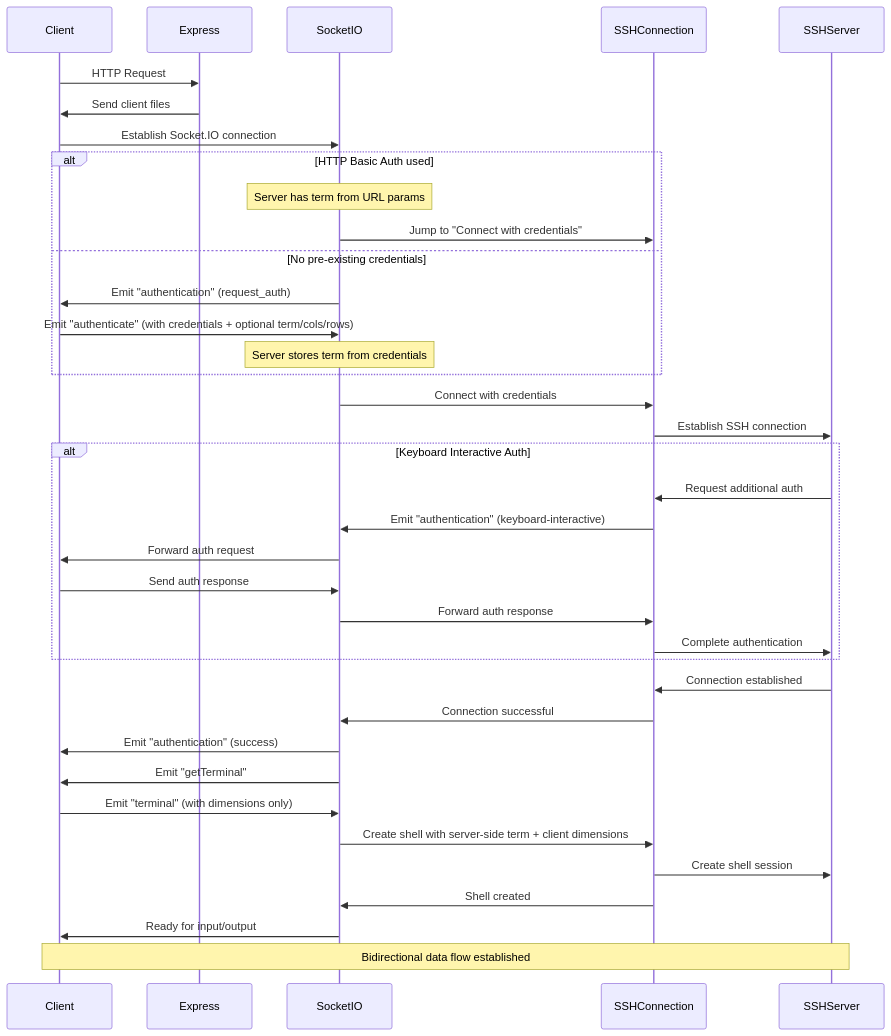
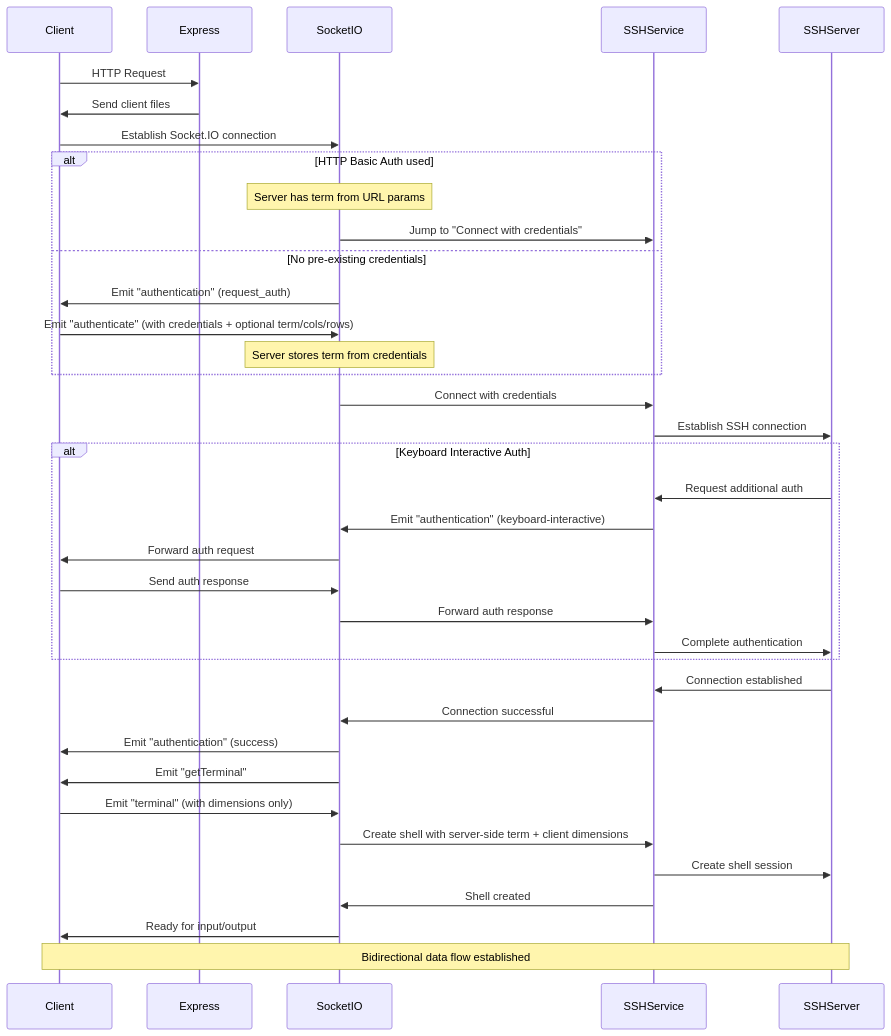
One commit to billchurch/webssh2 changed the diagram in DOCS/architecture/FLOWS.md. Above: the diagram before and after it, drawn with Mermaid. The commit also changed 52 other files, not shown here.

First line of the commit message:
Remove legacy SSHConnection in favor of service-based architecture (#413)

````diff
--- a/DOCS/architecture/FLOWS.md
+++ b/DOCS/architecture/FLOWS.md
@@ -3,40 +3,40 @@
 ```mermaid
 sequenceDiagram
     participant Client
     participant Express
     participant SocketIO
-    participant SSHConnection
+    participant SSHService
     participant SSHServer
 
     Client->>Express: HTTP Request
     Express->>Client: Send client files
     Client->>SocketIO: Establish Socket.IO connection
     alt HTTP Basic Auth used
         Note over SocketIO: Server has term from URL params
-        SocketIO->>SSHConnection: Jump to "Connect with credentials"
+        SocketIO->>SSHService: Jump to "Connect with credentials"
     else No pre-existing credentials
         SocketIO->>Client: Emit "authentication" (request_auth)
         Client->>SocketIO: Emit "authenticate" (with credentials + optional term/cols/rows)
         Note over SocketIO: Server stores term from credentials
     end
-    SocketIO->>SSHConnection: Connect with credentials
-    SSHConnection->>SSHServer: Establish SSH connection
+    SocketIO->>SSHService: Connect with credentials
+    SSHService->>SSHServer: Establish SSH connection
     alt Keyboard Interactive Auth
-        SSHServer->>SSHConnection: Request additional auth
-        SSHConnection->>SocketIO: Emit "authentication" (keyboard-interactive)
+        SSHServer->>SSHService: Request additional auth
+        SSHService->>SocketIO: Emit "authentication" (keyboard-interactive)
         SocketIO->>Client: Forward auth request
         Client->>SocketIO: Send auth response
-        SocketIO->>SSHConnection: Forward auth response
-        SSHConnection->>SSHServer: Complete authentication
+        SocketIO->>SSHService: Forward auth response
+        SSHService->>SSHServer: Complete authentication
     end
-    SSHServer->>SSHConnection: Connection established
-    SSHConnection->>SocketIO: Connection successful
+    SSHServer->>SSHService: Connection established
+    SSHService->>SocketIO: Connection successful
     SocketIO->>Client: Emit "authentication" (success)
     SocketIO->>Client: Emit "getTerminal"
     Client->>SocketIO: Emit "terminal" (with dimensions only)
-    SocketIO->>SSHConnection: Create shell with server-side term + client dimensions
-    SSHConnection->>SSHServer: Create shell session
-    SSHConnection->>SocketIO: Shell created
+    SocketIO->>SSHService: Create shell with server-side term + client dimensions
+    SSHService->>SSHServer: Create shell session
+    SSHService->>SocketIO: Shell created
     SocketIO->>Client: Ready for input/output
     Note over Client,SSHServer: Bidirectional data flow established
 ```
````
